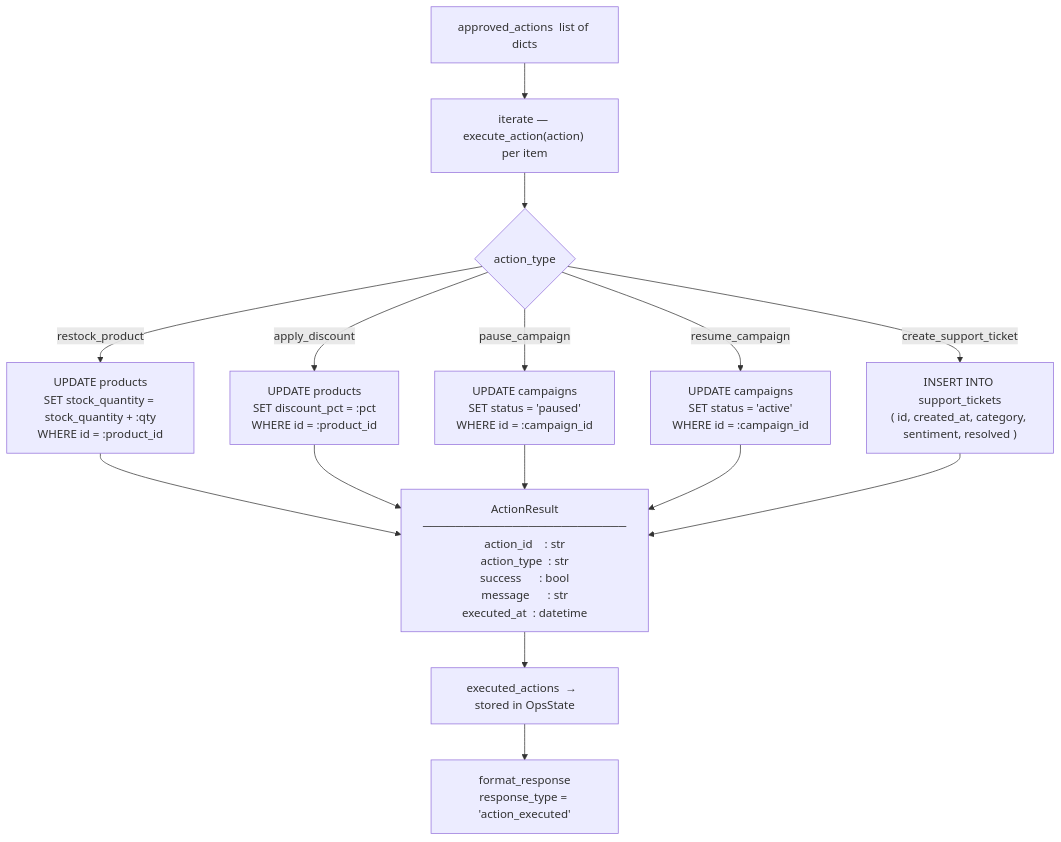
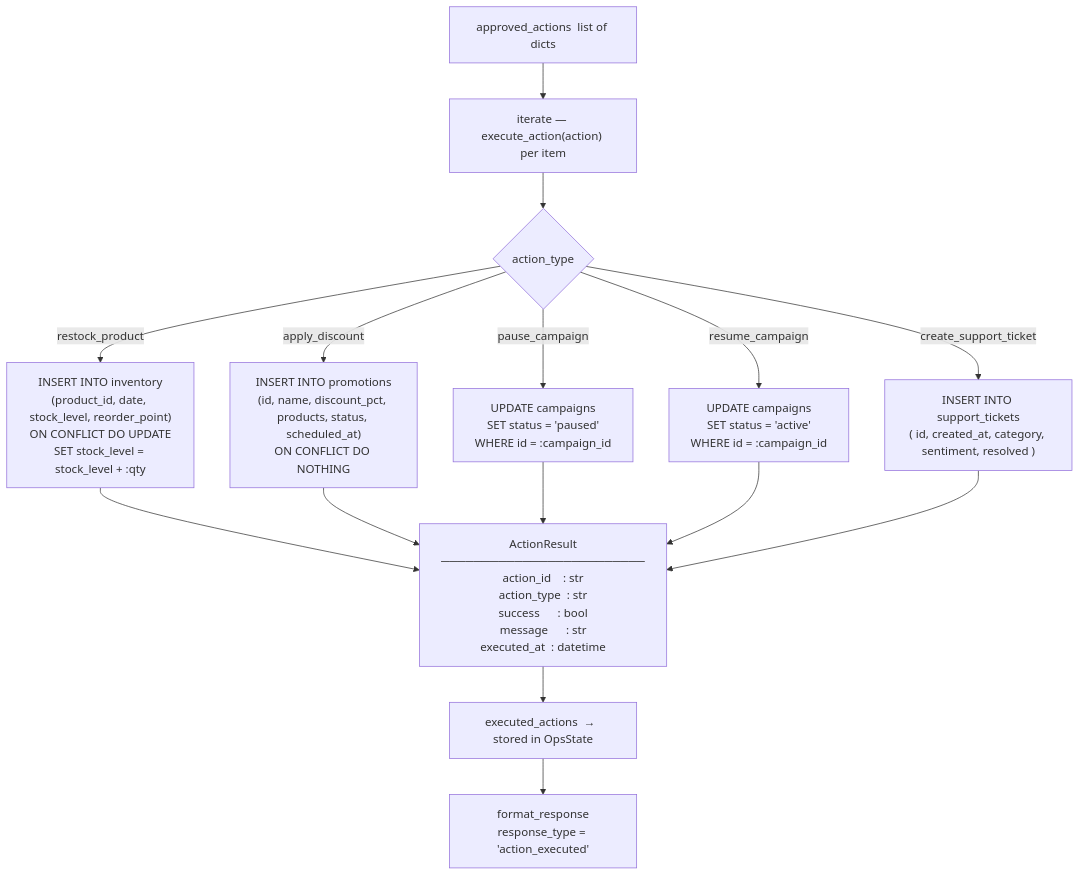
The eighth of 12 diagrams in docs/internals.md (dennisovich29/ecomm-ops-brain), drawn with Mermaid before and after one commit. The commit also changed 29 other files, not shown here.

````diff
--- a/docs/internals.md
+++ b/docs/internals.md
@@ -327,25 +327,25 @@
 ```mermaid
 flowchart TD
 
     IN["approved_actions  list of dicts"]
 
     IN --> LOOP["iterate — execute_action(action) per item"]
 
     LOOP --> AT{"action_type"}
 
-    AT -->|"restock_product"| RS["UPDATE products\nSET stock_quantity = stock_quantity + :qty\nWHERE id = :product_id"]
+    AT -->|"restock_product"| RS["INSERT INTO inventory\n(product_id, date, stock_level, reorder_point)\nON CONFLICT DO UPDATE\nSET stock_level = stock_level + :qty"]
 
-    AT -->|"apply_discount"| AD["UPDATE products\nSET discount_pct = :pct\nWHERE id = :product_id"]
+    AT -->|"apply_discount"| AD["INSERT INTO promotions\n(id, name, discount_pct, products, status, scheduled_at)\nON CONFLICT DO NOTHING"]
 
     AT -->|"pause_campaign"| PC["UPDATE campaigns\nSET status = 'paused'\nWHERE id = :campaign_id"]
 
     AT -->|"resume_campaign"| RC["UPDATE campaigns\nSET status = 'active'\nWHERE id = :campaign_id"]
 
     AT -->|"create_support_ticket"| CT["INSERT INTO support_tickets\n( id, created_at, category, sentiment, resolved )"]
 
     RS & AD & PC & RC & CT --> RES["ActionResult\n─────────────────────────\naction_id    : str\naction_type  : str\nsuccess      : bool\nmessage      : str\nexecuted_at  : datetime"]
 
     RES --> COLL["executed_actions  →  stored in OpsState"]
 
     COLL --> FR["format_response\nresponse_type = 'action_executed'"]
 ```
````
